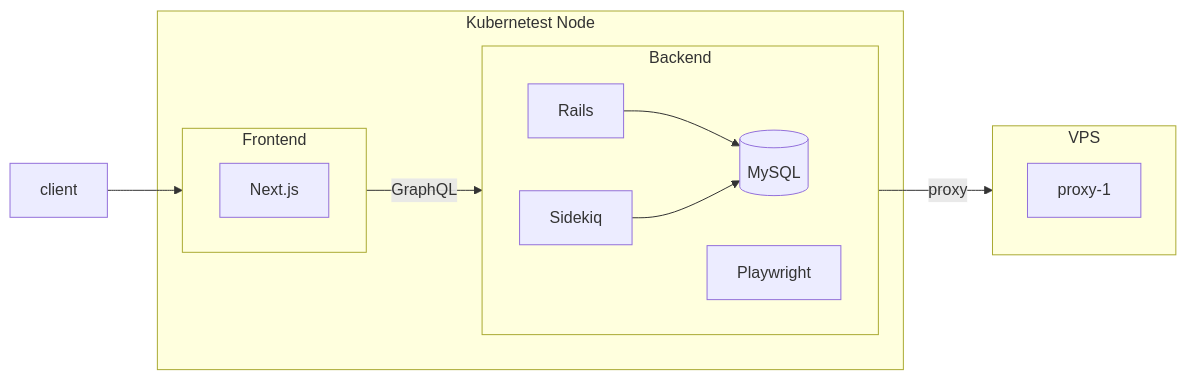
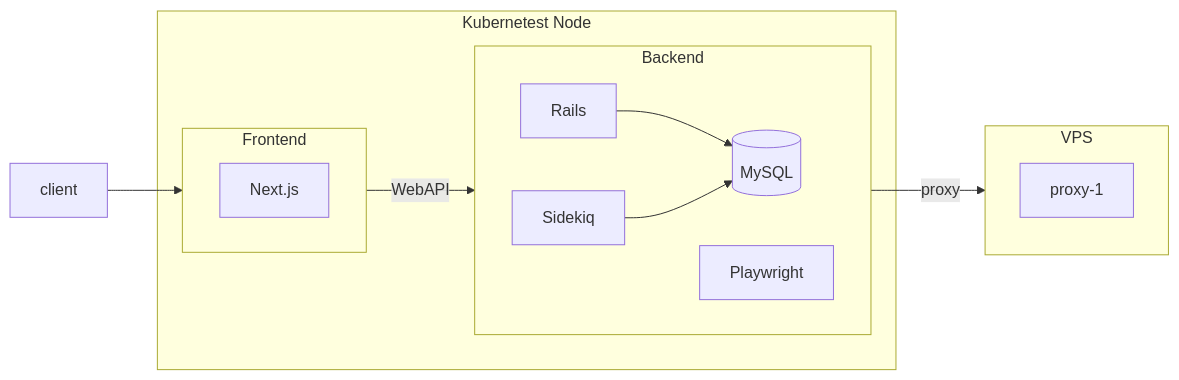
The first of 11 diagrams in README.md (kuroweb/price-monitoring), drawn with Mermaid before and after one commit. The commit also changed other lines of this file and 508 other files, not shown here.

Commit message:
feat: graphqlに関する実装を撤去

````diff
--- a/README.md
+++ b/README.md
@@ -42,29 +41,29 @@
 ```mermaid
 flowchart LR
 subgraph Kubernetest Node
   subgraph frontend [Frontend]
     direction LR
 
     Next.js
   end
 
   subgraph price ["Backend"]
     direction LR
 
     price_rails[Rails]
     price_rails_batch[Sidekiq]
     price_rails_mysql[(MySQL)]
     price_playwright[Playwright]
 
     price_rails-->price_rails_mysql
     price_rails_batch-->price_rails_mysql
   end
 end
 
 subgraph VPS
   proxy-1
 end
 
-client-->frontend--GraphQL-->price
+client-->frontend--WebAPI-->price
 price--proxy-->VPS
 ```
````
